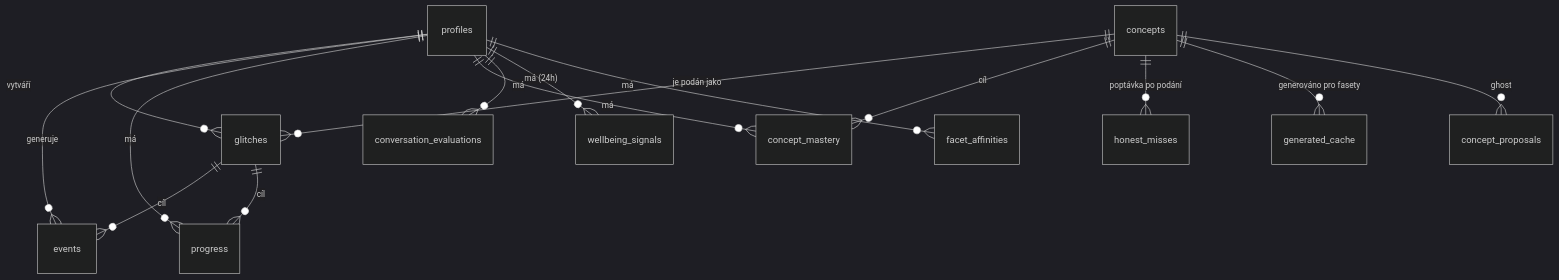
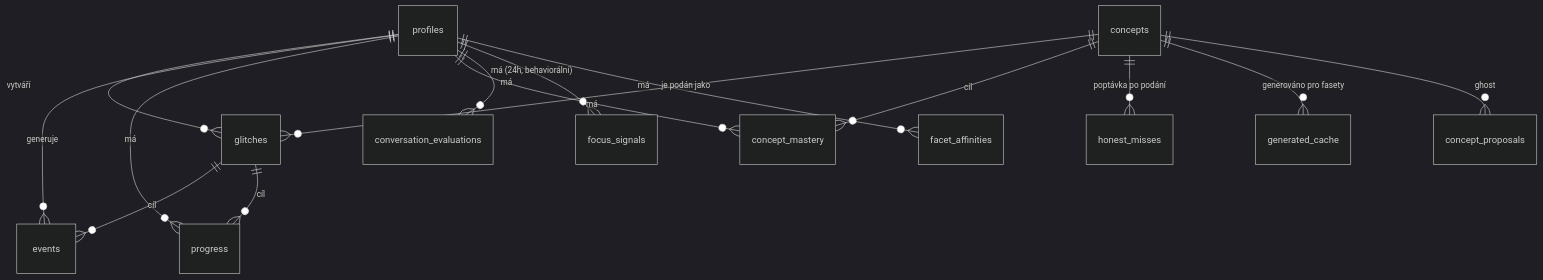
Before and after one commit to aidetemcz/glitch: the diagram in docs/databaze-navrh.md, drawn with Mermaid (dark theme). The commit also changed other lines of this file and 16 other files, not shown here.

````diff
--- a/docs/databaze-navrh.md
+++ b/docs/databaze-navrh.md
@@ -23,17 +23,17 @@
 ```mermaid
 erDiagram
     profiles ||--o{ glitches : "vytváří"
     profiles ||--o{ events : "generuje"
     profiles ||--o{ progress : "má"
     profiles ||--o{ concept_mastery : "má"
     profiles ||--o{ conversation_evaluations : "má"
-    profiles ||--o{ wellbeing_signals : "má (24h)"
+    profiles ||--o{ focus_signals : "má (24h, behaviorální)"
     profiles ||--o{ facet_affinities : "má"
     concepts ||--o{ glitches : "je podán jako"
     glitches ||--o{ events : "cíl"
     glitches ||--o{ progress : "cíl"
     concepts ||--o{ concept_mastery : "cíl"
     concepts ||--o{ honest_misses : "poptávka po podání"
     concepts ||--o{ generated_cache : "generováno pro fasety"
     concepts ||--o{ concept_proposals : "ghost"
 ```
````
